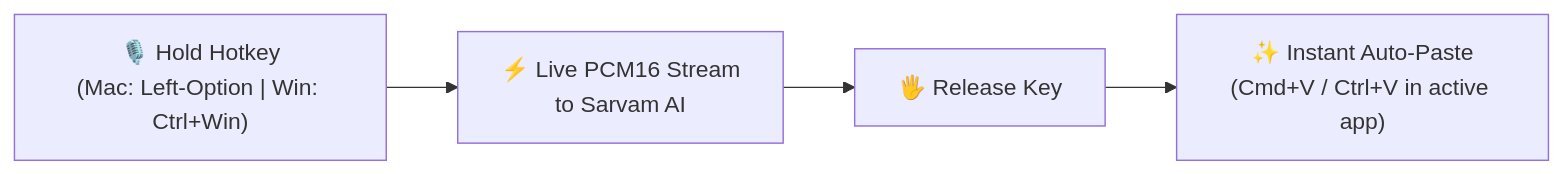
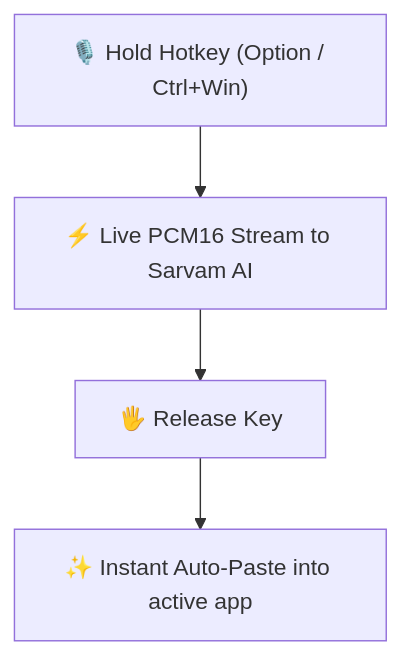
The diagram in README.md (Adityalingwal/Stayfree), drawn with Mermaid before and after one commit.

Commit message:
Updated the readme file

````diff
--- a/README.md
+++ b/README.md
@@ -12,6 +12,6 @@
 ```mermaid
-flowchart LR
-    A["🎙️ Hold Hotkey<br/>(Mac: Left-Option | Win: Ctrl+Win)"] --> B["⚡ Live PCM16 Stream<br/>to Sarvam AI"]
+flowchart TD
+    A["🎙️ Hold Hotkey (Option / Ctrl+Win)"] --> B["⚡ Live PCM16 Stream to Sarvam AI"]
     B --> C["🖐️ Release Key"]
-    C --> D["✨ Instant Auto-Paste<br/>(Cmd+V / Ctrl+V in active app)"]
+    C --> D["✨ Instant Auto-Paste into active app"]
 ```
````
